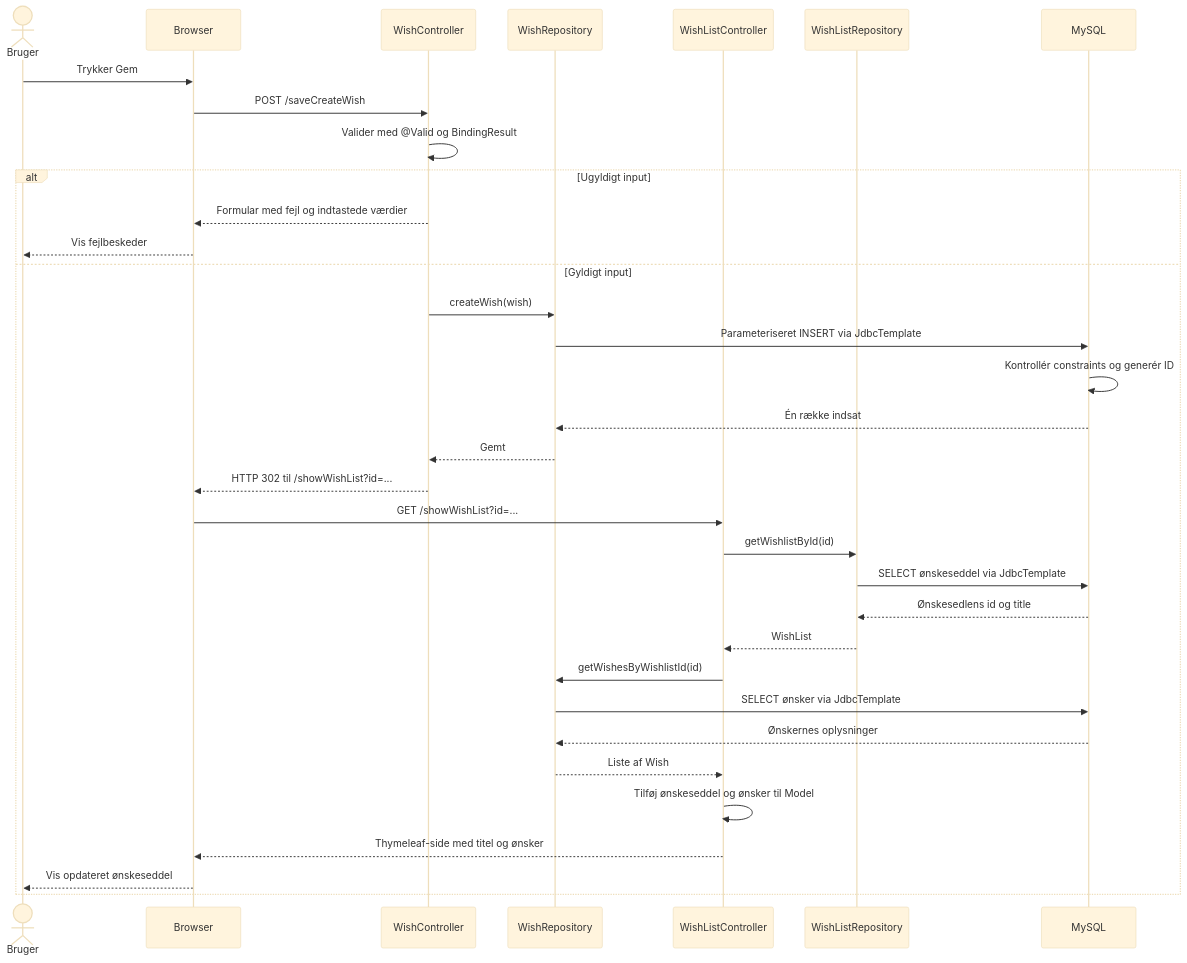
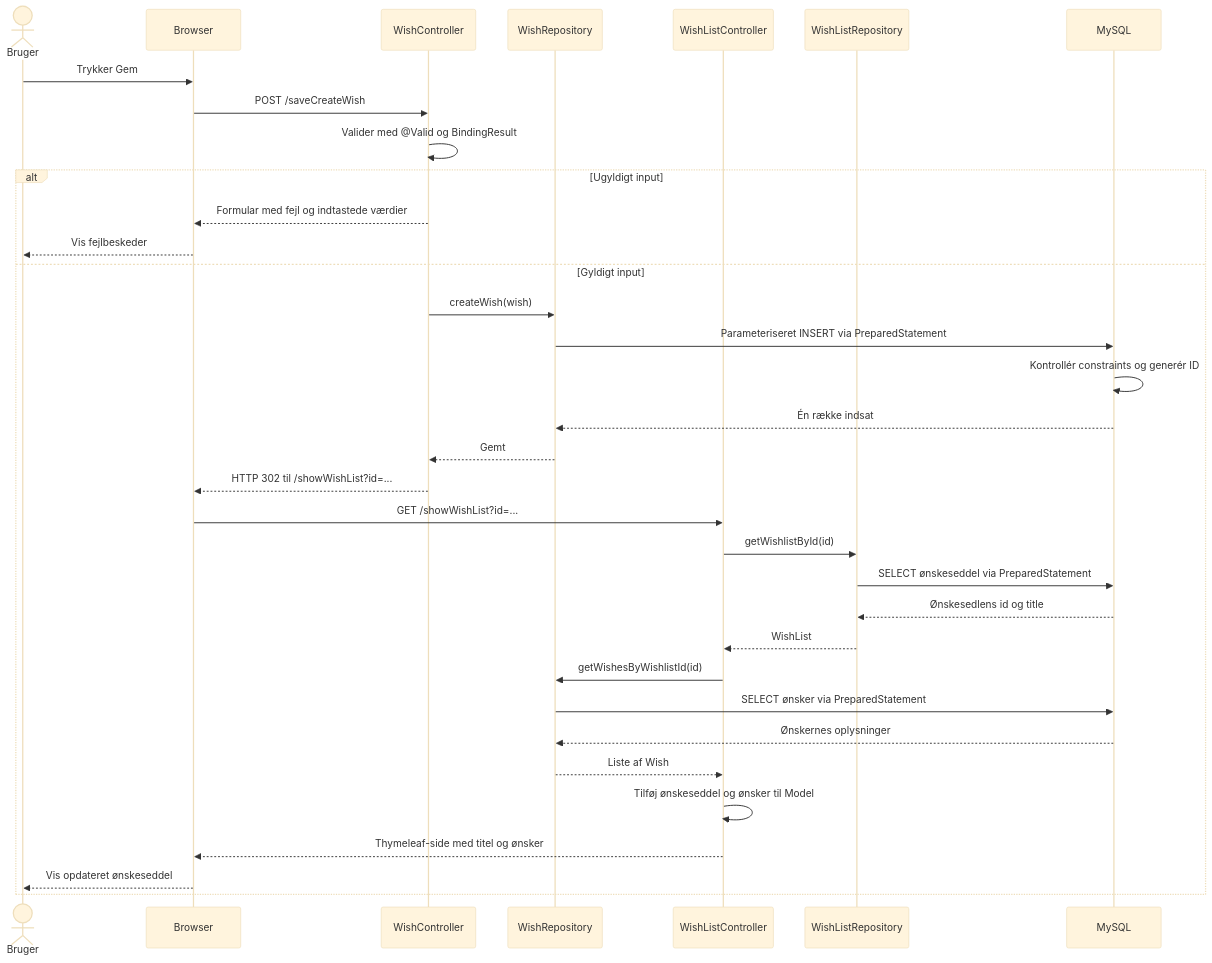
The second of 4 diagrams in docs/diagrammer.md (alagami-ux/Projekt2_Gruppe_6), drawn with Mermaid (base theme) before and after one commit. The commit also changed other lines of this file and 5 other files, not shown here.

Commit message:
Erstat JdbcTemplate med direkte JDBC og tilpas tests

````diff
--- a/docs/diagrammer.md
+++ b/docs/diagrammer.md
@@ -39,37 +39,37 @@
 ```mermaid
 sequenceDiagram
     actor U as Bruger
     participant B as Browser
     participant WC as WishController
     participant WR as WishRepository
     participant LC as WishListController
     participant LR as WishListRepository
     participant DB as MySQL
 
     U->>B: Trykker Gem
     B->>WC: POST /saveCreateWish
     WC->>WC: Valider med @Valid og BindingResult
     alt Ugyldigt input
         WC-->>B: Formular med fejl og indtastede værdier
         B-->>U: Vis fejlbeskeder
     else Gyldigt input
         WC->>WR: createWish(wish)
-        WR->>DB: Parameteriseret INSERT via JdbcTemplate
+        WR->>DB: Parameteriseret INSERT via PreparedStatement
         DB->>DB: Kontrollér constraints og generér ID
         DB-->>WR: Én række indsat
         WR-->>WC: Gemt
         WC-->>B: HTTP 302 til /showWishList?id=...
         B->>LC: GET /showWishList?id=...
         LC->>LR: getWishlistById(id)
-        LR->>DB: SELECT ønskeseddel via JdbcTemplate
+        LR->>DB: SELECT ønskeseddel via PreparedStatement
         DB-->>LR: Ønskesedlens id og title
         LR-->>LC: WishList
         LC->>WR: getWishesByWishlistId(id)
-        WR->>DB: SELECT ønsker via JdbcTemplate
+        WR->>DB: SELECT ønsker via PreparedStatement
         DB-->>WR: Ønskernes oplysninger
         WR-->>LC: Liste af Wish
         LC->>LC: Tilføj ønskeseddel og ønsker til Model
         LC-->>B: Thymeleaf-side med titel og ønsker
         B-->>U: Vis opdateret ønskeseddel
     end
 ```
````
